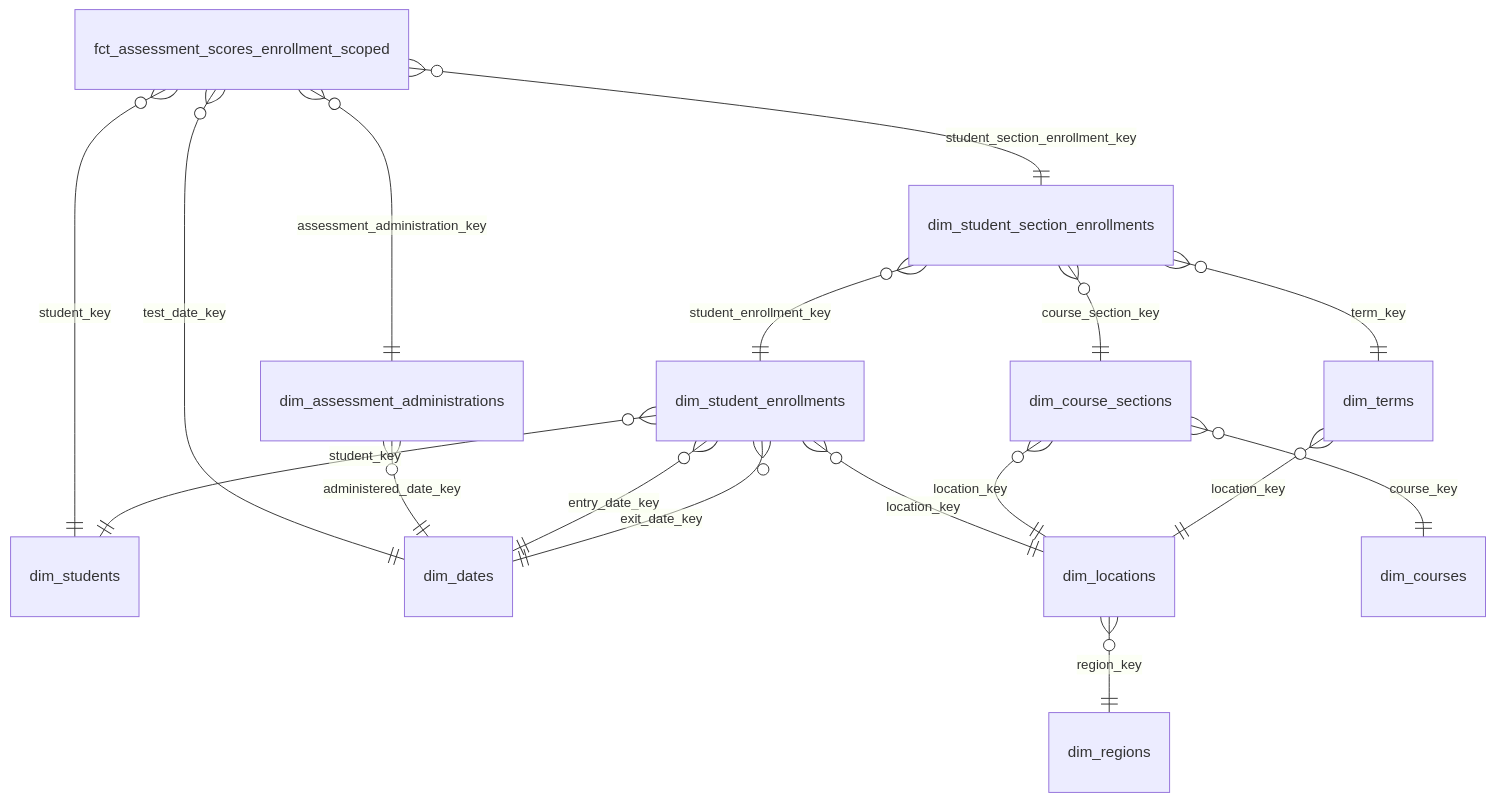
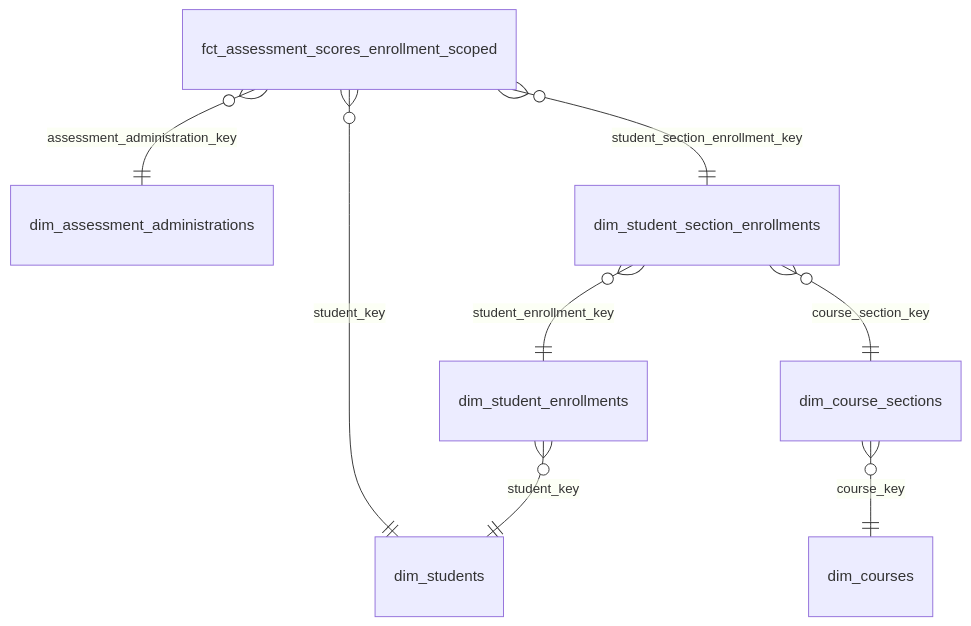
Before and after one commit to TEAMSchools/teamster: the first of 24 diagrams in docs/reference/marts-data-models.md, drawn with Mermaid. The commit also changed other lines of this file and 2 other files, not shown here.

First line of the commit message:
docs(marts): omit conformed dimensions from snowflake diagrams

````diff
--- a/docs/reference/marts-data-models.md
+++ b/docs/reference/marts-data-models.md
@@ -22,19 +27,10 @@
 ```mermaid
 erDiagram
   fct_assessment_scores_enrollment_scoped }o--|| dim_assessment_administrations : "assessment_administration_key"
   fct_assessment_scores_enrollment_scoped }o--|| dim_students : "student_key"
   fct_assessment_scores_enrollment_scoped }o--|| dim_student_section_enrollments : "student_section_enrollment_key"
-  fct_assessment_scores_enrollment_scoped }o--|| dim_dates : "test_date_key"
-  dim_assessment_administrations }o--|| dim_dates : "administered_date_key"
   dim_student_section_enrollments }o--|| dim_student_enrollments : "student_enrollment_key"
   dim_student_section_enrollments }o--|| dim_course_sections : "course_section_key"
-  dim_student_section_enrollments }o--|| dim_terms : "term_key"
   dim_student_enrollments }o--|| dim_students : "student_key"
-  dim_student_enrollments }o--|| dim_locations : "location_key"
-  dim_student_enrollments }o--|| dim_dates : "entry_date_key"
-  dim_student_enrollments }o--|| dim_dates : "exit_date_key"
   dim_course_sections }o--|| dim_courses : "course_key"
-  dim_course_sections }o--|| dim_locations : "location_key"
-  dim_terms }o--|| dim_locations : "location_key"
-  dim_locations }o--|| dim_regions : "region_key"
 ```
````
